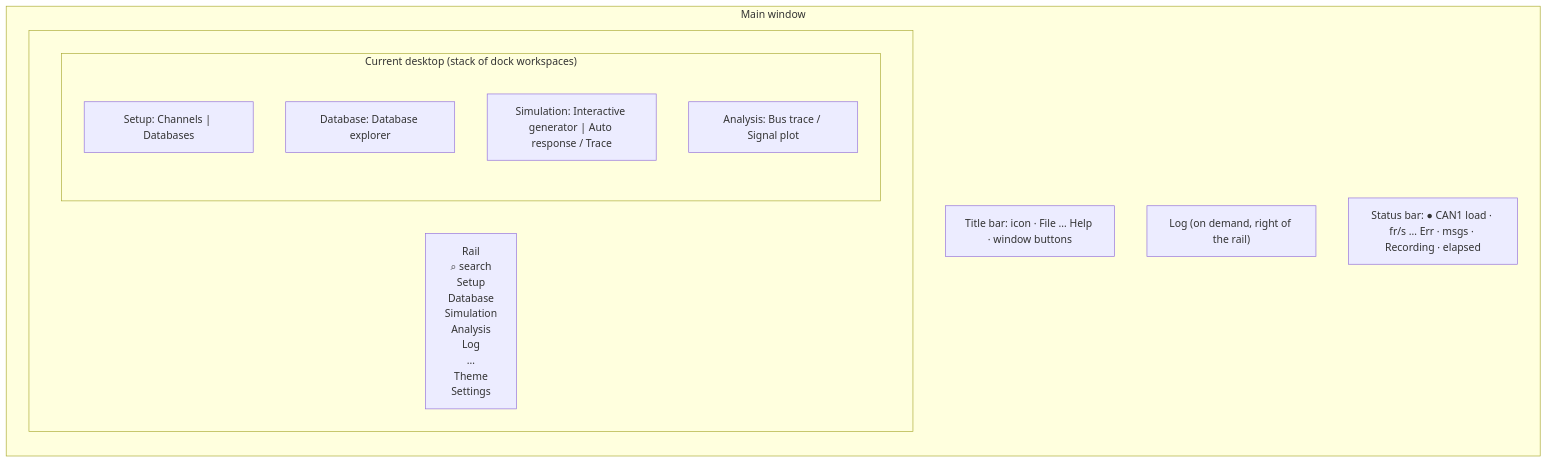
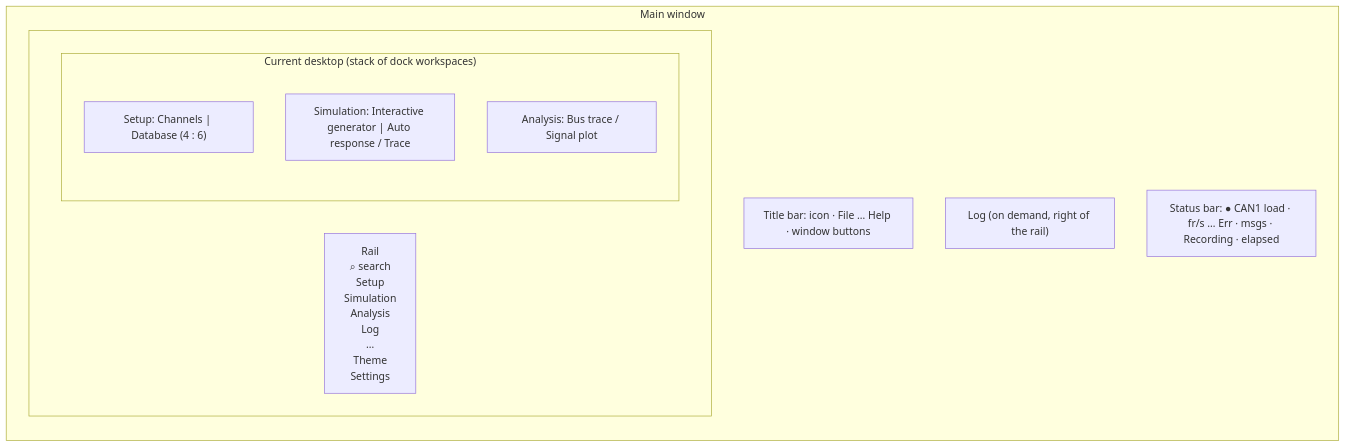
One commit to Thuongst97/CAN_SIMULATOR changed the fifth of 5 diagrams in docs/design/HLD.md. Above: the diagram before and after it, drawn with Mermaid. The commit also changed other lines of this file and 23 other files, not shown here.

First line of the commit message:
Setup desktop: Database window merged in (Channels 4 : Database 6); fix clipped empty-state text

````diff
--- a/docs/design/HLD.md
+++ b/docs/design/HLD.md
@@ -233,20 +233,19 @@
 ```mermaid
 flowchart LR
     subgraph window["Main window"]
         direction TB
         tb["Title bar: icon · File … Help · window buttons"]
         subgraph body[" "]
             direction LR
-            rail["Rail<br/>⌕ search<br/>Setup<br/>Database<br/>Simulation<br/>Analysis<br/>Log<br/>…<br/>Theme<br/>Settings"]
+            rail["Rail<br/>⌕ search<br/>Setup<br/>Simulation<br/>Analysis<br/>Log<br/>…<br/>Theme<br/>Settings"]
             subgraph desk["Current desktop (stack of dock workspaces)"]
                 direction TB
-                d1["Setup: Channels | Databases"]
-                d2["Database: Database explorer"]
+                d1["Setup: Channels | Database (4 : 6)"]
                 d3["Simulation: Interactive generator | Auto response / Trace"]
                 d4["Analysis: Bus trace / Signal plot"]
             end
         end
         log["Log (on demand, right of the rail)"]
         sb["Status bar: ● CAN1 load · fr/s … Err · msgs · Recording · elapsed"]
     end
 ```
````
